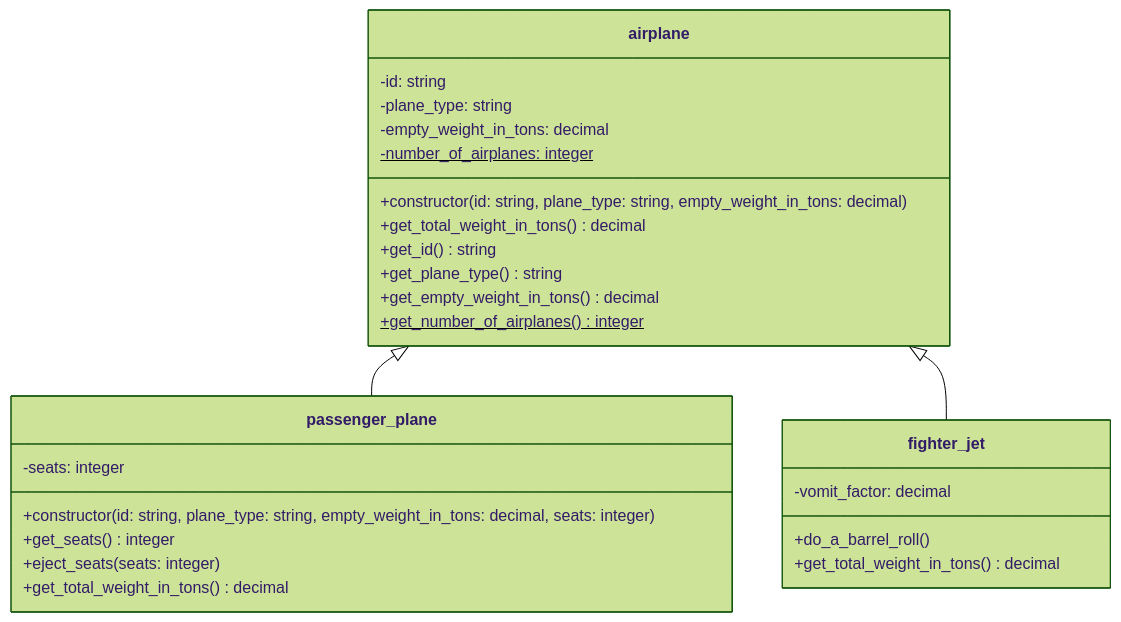
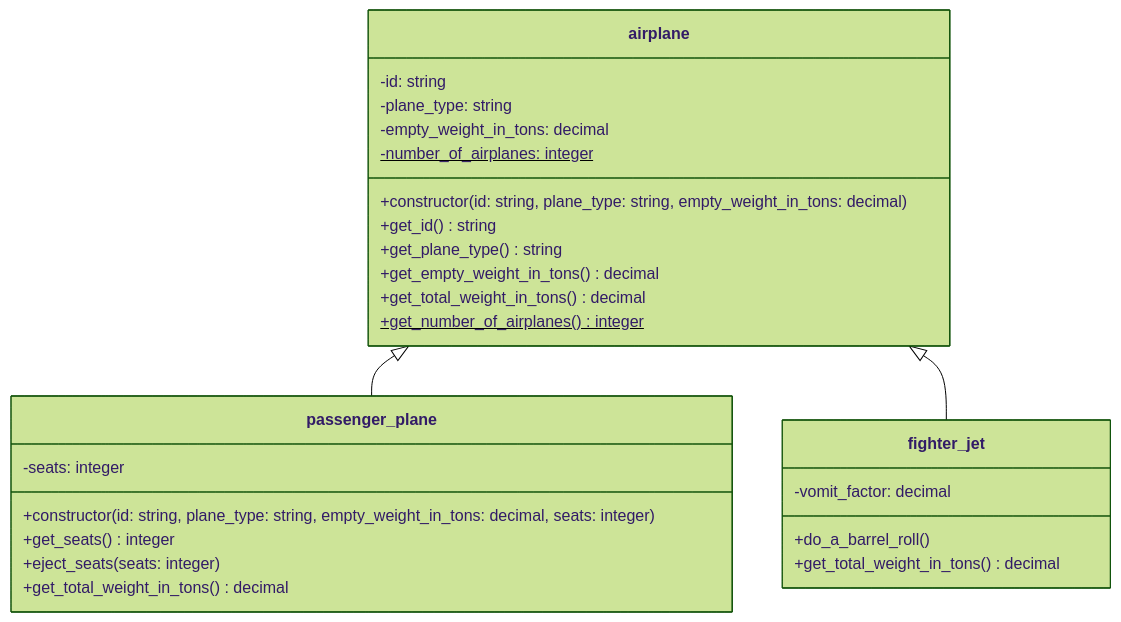
Before and after one commit to appenmaier/s4hana: the diagram in docs/exercises/abap-objects/abap-objects-06.md, drawn with Mermaid (forest theme).

````diff
--- a/docs/exercises/abap-objects/abap-objects-06.md
+++ b/docs/exercises/abap-objects/abap-objects-06.md
@@ -11,32 +11,32 @@
 ```mermaid
 classDiagram
    airplane <|-- passenger_plane
    airplane <|-- fighter_jet
 
    class airplane {
       -id: string
       -plane_type: string
       -empty_weight_in_tons: decimal
       -number_of_airplanes: integer$
       +constructor(id: string, plane_type: string, empty_weight_in_tons: decimal)
-      +get_total_weight_in_tons() decimal
       +get_id() string
       +get_plane_type() string
       +get_empty_weight_in_tons() decimal
+     +get_total_weight_in_tons() decimal
       +get_number_of_airplanes() integer$
    }
 
    class passenger_plane {
       -seats: integer
       +constructor(id: string, plane_type: string, empty_weight_in_tons: decimal, seats: integer)
       +get_seats() integer
       +eject_seats(seats: integer)
       +get_total_weight_in_tons() decimal
    }
 
    class fighter_jet {
       -vomit_factor: decimal
       +do_a_barrel_roll()
       +get_total_weight_in_tons() decimal
    }
 ```
````
